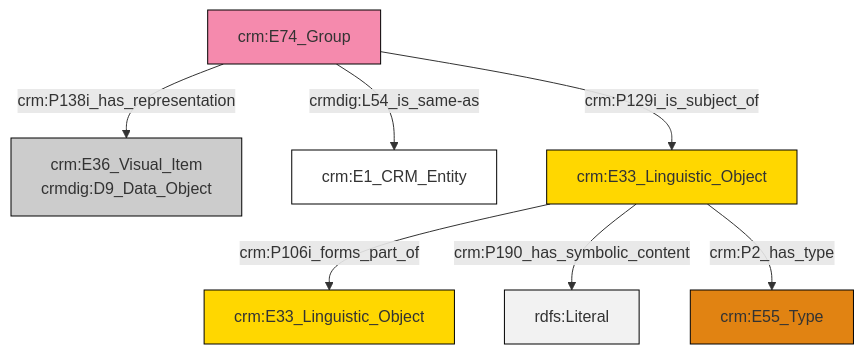
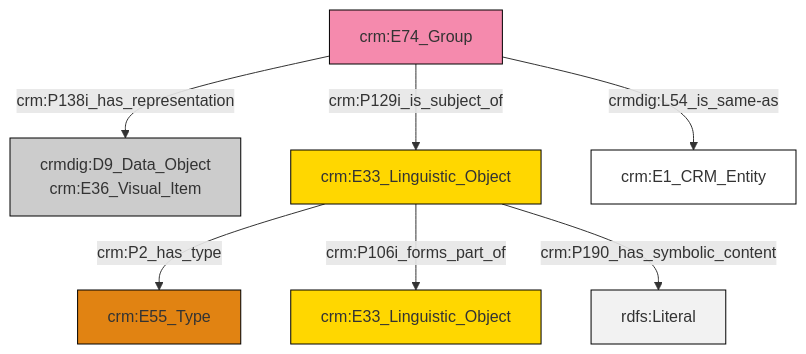
The diagram in et/groupCSV/ttl/mmd/group_documentation.ttl.mmd (swiss-art-research-net/reference-data-models), drawn with Mermaid before and after one commit. The commit also changed 131 other files, not shown here.

```diff
--- a/et/groupCSV/ttl/mmd/group_documentation.ttl.mmd
+++ b/et/groupCSV/ttl/mmd/group_documentation.ttl.mmd
@@ -1,21 +1,21 @@
 graph TD
 classDef Literal fill:#f2f2f2,stroke:#000000;
 classDef CRM_Entity fill:#FFFFFF,stroke:#000000;
 classDef Temporal_Entity fill:#00C9E6, stroke:#000000;
 classDef Type fill:#E18312, stroke:#000000;
 classDef Time-Span fill:#2C9C91, stroke:#000000;
 classDef Appellation fill:#FFEB7F, stroke:#000000;
 classDef Place fill:#008836, stroke:#000000;
 classDef Persistent_Item fill:#B266B2, stroke:#000000;
 classDef Conceptual_Object fill:#FFD700, stroke:#000000;
 classDef Physical_Thing fill:#D2B48C, stroke:#000000;
 classDef Actor fill:#f58aad, stroke:#000000;
 classDef PC_Classes fill:#4ce600, stroke:#000000;
 classDef Multi fill:#cccccc,stroke:#000000;
 
-0["crm:E74_Group"]:::Actor -->|crm:P138i_has_representation| 2["crm:E36_Visual_Item<br>crmdig:D9_Data_Object"]:::Multi
-0["crm:E74_Group"]:::Actor -->|crmdig:L54_is_same-as| 3["crm:E1_CRM_Entity"]:::CRM_Entity
-6["crm:E33_Linguistic_Object"]:::Conceptual_Object -->|crm:P106i_forms_part_of| 7["crm:E33_Linguistic_Object"]:::Conceptual_Object
-6["crm:E33_Linguistic_Object"]:::Conceptual_Object -->|crm:P190_has_symbolic_content| 10[rdfs:Literal]:::Literal
-6["crm:E33_Linguistic_Object"]:::Conceptual_Object -->|crm:P2_has_type| 8["crm:E55_Type"]:::Type
-0["crm:E74_Group"]:::Actor -->|crm:P129i_is_subject_of| 6["crm:E33_Linguistic_Object"]:::Conceptual_Object
+2["crm:E33_Linguistic_Object"]:::Conceptual_Object -->|crm:P2_has_type| 3["crm:E55_Type"]:::Type
+2["crm:E33_Linguistic_Object"]:::Conceptual_Object -->|crm:P106i_forms_part_of| 4["crm:E33_Linguistic_Object"]:::Conceptual_Object
+9["crm:E74_Group"]:::Actor -->|crm:P138i_has_representation| 0["crmdig:D9_Data_Object<br>crm:E36_Visual_Item"]:::Multi
+9["crm:E74_Group"]:::Actor -->|crmdig:L54_is_same-as| 7["crm:E1_CRM_Entity"]:::CRM_Entity
+9["crm:E74_Group"]:::Actor -->|crm:P129i_is_subject_of| 2["crm:E33_Linguistic_Object"]:::Conceptual_Object
+2["crm:E33_Linguistic_Object"]:::Conceptual_Object -->|crm:P190_has_symbolic_content| 14[rdfs:Literal]:::Literal
```
